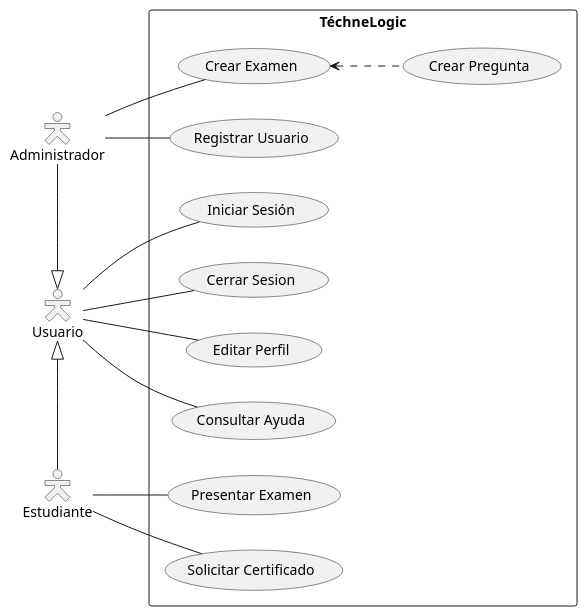
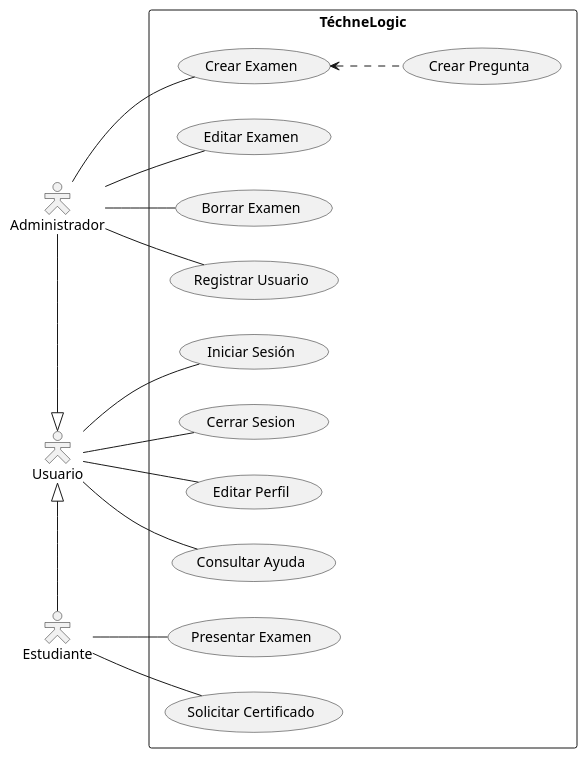
One commit to TheSProyect/Proyecto-IS-Grupo-1 changed the diagram in docs/scenariosView/UseCaseDiagram.plantuml. Above: the diagram before and after it, drawn with PlantUML. The commit also changed 1 other file, not shown here.

Commit message:
Update: Use case diagram update

```diff
--- a/docs/scenariosView/UseCaseDiagram.plantuml
+++ b/docs/scenariosView/UseCaseDiagram.plantuml
@@ -1,37 +1,41 @@
 @startuml 
 skinparam actorStyle hollow
 left to right direction
 
 actor "Administrador" as Admin
 actor "Estudiante" as Student
 actor "Usuario" as User
 
 rectangle TéchneLogic {
-usecase "Crear Examen" as CreateT
-usecase "Crear Pregunta" as CreateQ
-usecase "Registrar Usuario" as Register
-usecase "Iniciar Sesión" as Login
-usecase "Cerrar Sesion" as Logout
-usecase "Editar Perfil" as Edit 
-usecase "Consultar Ayuda" as Help
-usecase "Presentar Examen" as Test
-usecase "Solicitar Certificado" as Certify
+    usecase "Crear Examen" as CreateT
+    usecase "Editar Examen" as UpdateT
+    usecase "Borrar Examen" as DeleteT
+    usecase "Crear Pregunta" as CreateQ
+    usecase "Registrar Usuario" as Register
+    usecase "Iniciar Sesión" as Login
+    usecase "Cerrar Sesion" as Logout
+    usecase "Editar Perfil" as Edit 
+    usecase "Consultar Ayuda" as Help
+    usecase "Presentar Examen" as Test
+    usecase "Solicitar Certificado" as Certify
 }
 
 User <|-l- Admin
 User <|-r- Student
 
 Admin -- CreateT
 CreateT <.. CreateQ 
+Admin -- UpdateT
+Admin -- DeleteT
 Admin -- Register
 
 User -- Login
 User -- Logout
 User -- Edit
 User -- Help
 
 Student -- Test
 
 Student -- Certify
 
 @enduml
```
